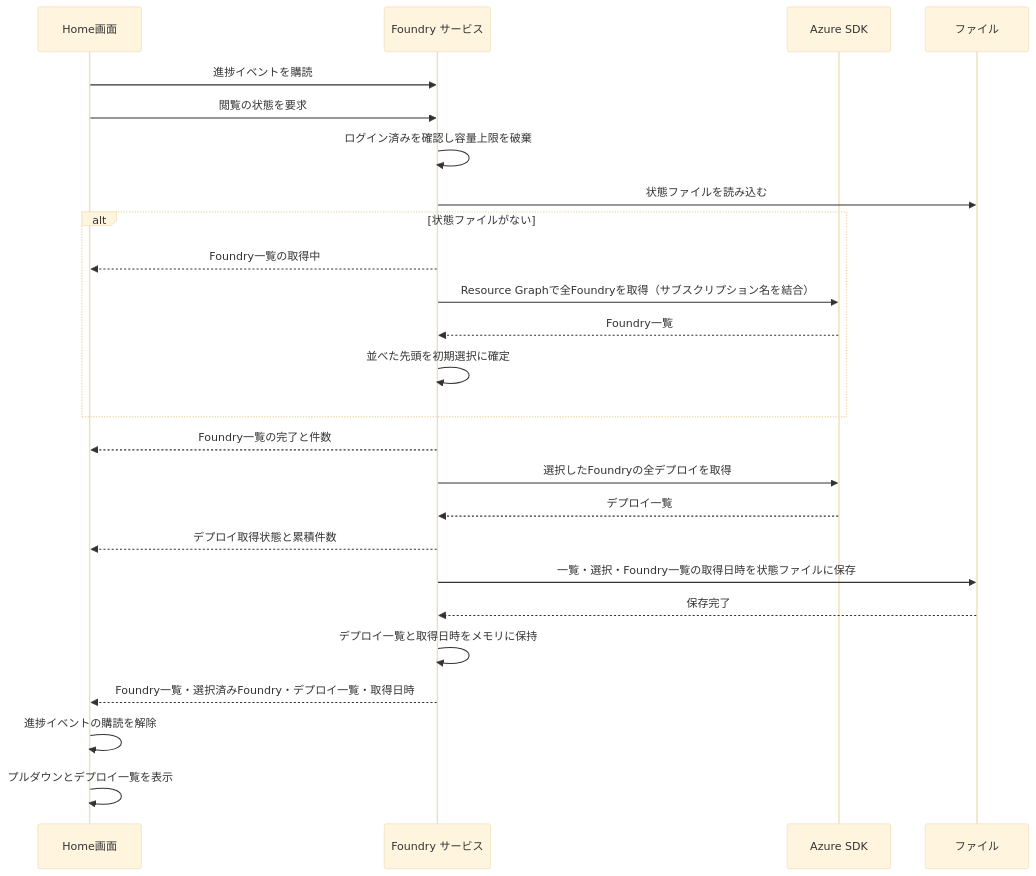
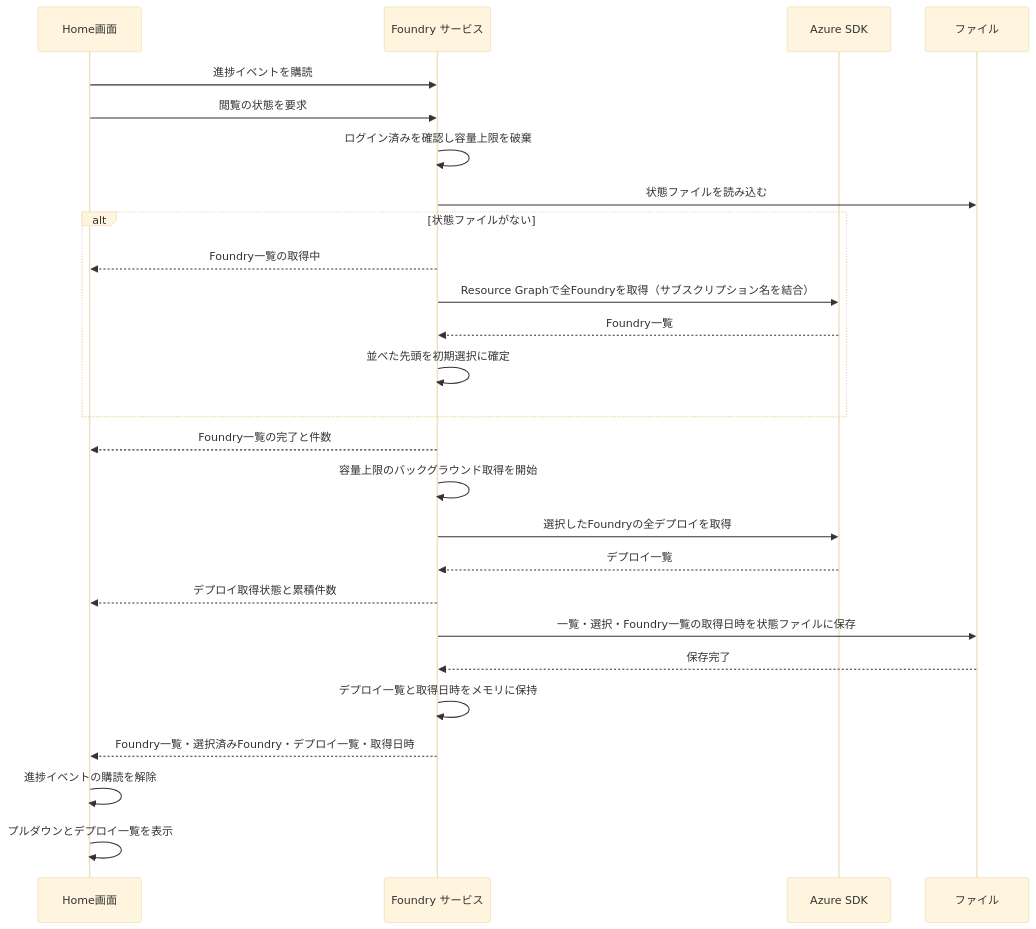
Before and after one commit to nuitsjp/azfoundry-deck: the third of 7 diagrams in docs/design/UCP-1.md, drawn with Mermaid (base theme). The commit also changed other lines of this file and 22 other files, not shown here.

````diff
--- a/docs/design/UCP-1.md
+++ b/docs/design/UCP-1.md
@@ -81,27 +81,28 @@
 ```mermaid
 sequenceDiagram
   participant U as Home画面
   participant S as Foundry サービス
   participant K as Azure SDK
   participant F as ファイル
   U->>S: 進捗イベントを購読
   U->>S: 閲覧の状態を要求
   S->>S: ログイン済みを確認し容量上限を破棄
   S->>F: 状態ファイルを読み込む
   alt 状態ファイルがない
     S-->>U: Foundry一覧の取得中
     S->>K: Resource Graphで全Foundryを取得（サブスクリプション名を結合）
     K-->>S: Foundry一覧
     S->>S: 並べた先頭を初期選択に確定
   end
   S-->>U: Foundry一覧の完了と件数
+  S->>S: 容量上限のバックグラウンド取得を開始
   S->>K: 選択したFoundryの全デプロイを取得
   K-->>S: デプロイ一覧
   S-->>U: デプロイ取得状態と累積件数
   S->>F: 一覧・選択・Foundry一覧の取得日時を状態ファイルに保存
   F-->>S: 保存完了
   S->>S: デプロイ一覧と取得日時をメモリに保持
   S-->>U: Foundry一覧・選択済みFoundry・デプロイ一覧・取得日時
   U->>U: 進捗イベントの購読を解除
   U->>U: プルダウンとデプロイ一覧を表示
 ```
````
